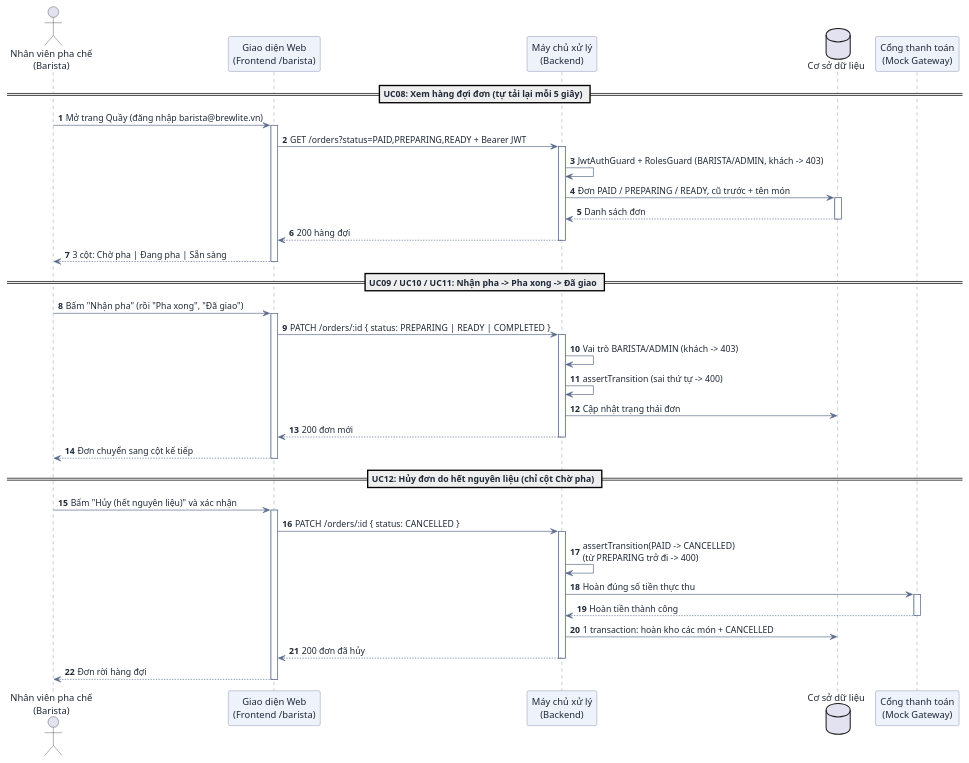
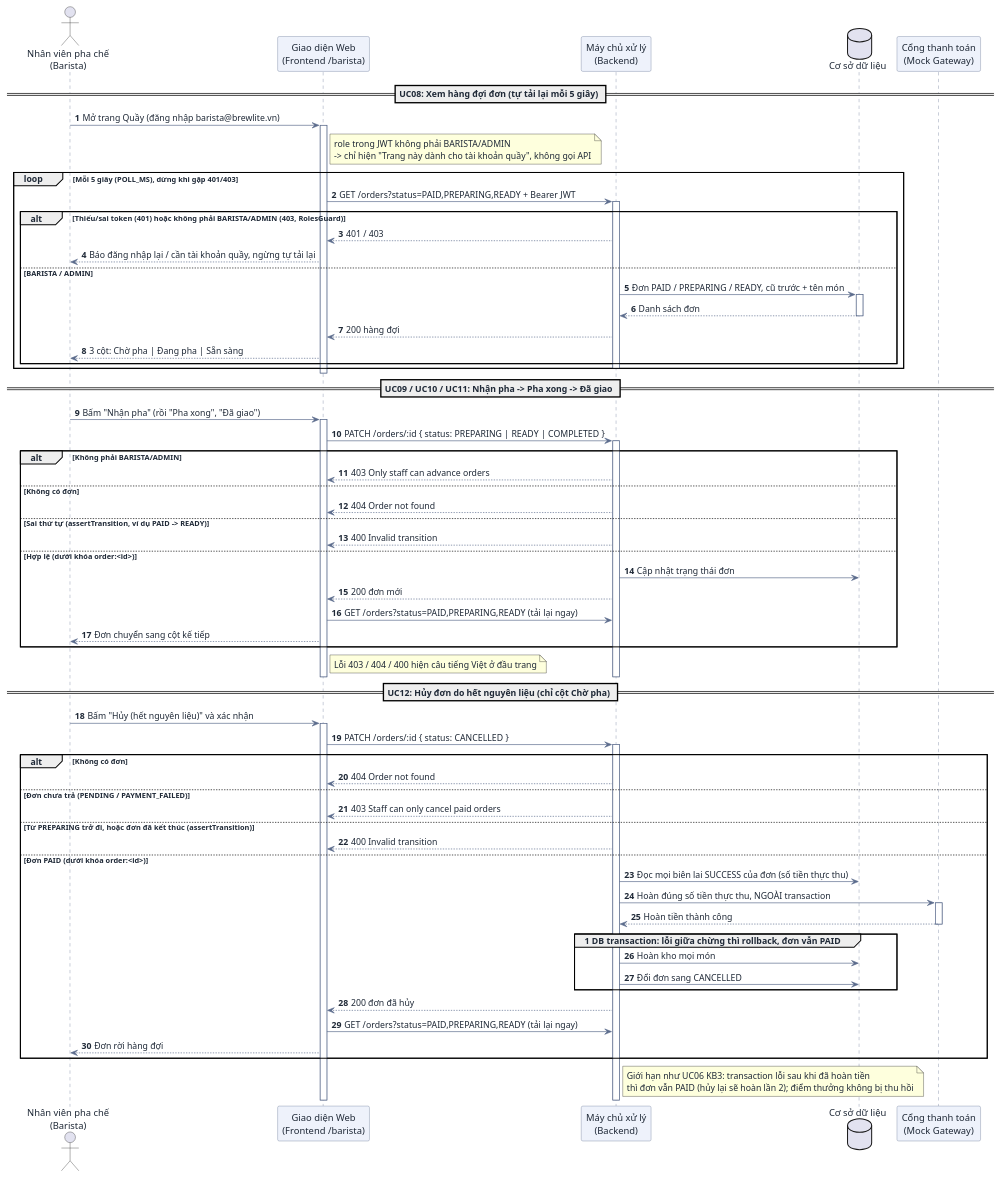
One commit to DuVinhLoi/BrewLite changed the eighth of 9 diagrams in docs/user-sequence-specifications.md. Above: the diagram before and after it, drawn with PlantUML. The commit also changed other lines of this file and 3 other files, not shown here.

First line of the commit message:
docs: dong bo use-case/sequence voi code, plan doc-code-sync, rule .claude/rules/doc-code-sync.md

````diff
--- a/docs/user-sequence-specifications.md
+++ b/docs/user-sequence-specifications.md
@@ -677,16 +717,23 @@
 == UC08: Xem hàng đợi đơn (tự tải lại mỗi 5 giây) ==
 User -> FE : Mở trang Quầy (đăng nhập barista@brewlite.vn)
 activate FE
-FE -> BE : GET /orders?status=PAID,PREPARING,READY + Bearer JWT
-activate BE
-BE -> BE : JwtAuthGuard + RolesGuard (BARISTA/ADMIN, khách -> 403)
-BE -> DB : Đơn PAID / PREPARING / READY, cũ trước + tên món
-activate DB
-DB --> BE : Danh sách đơn
-deactivate DB
-BE --> FE : 200 hàng đợi
-deactivate BE
-FE --> User : 3 cột: Chờ pha | Đang pha | Sẵn sàng
+note right of FE : role trong JWT không phải BARISTA/ADMIN\n-> chỉ hiện "Trang này dành cho tài khoản quầy", không gọi API
+loop Mỗi 5 giây (POLL_MS), dừng khi gặp 401/403
+    FE -> BE : GET /orders?status=PAID,PREPARING,READY + Bearer JWT
+    activate BE
+    alt Thiếu/sai token (401) hoặc không phải BARISTA/ADMIN (403, RolesGuard)
+        BE --> FE : 401 / 403
+        FE --> User : Báo đăng nhập lại / cần tài khoản quầy, ngừng tự tải lại
+    else BARISTA / ADMIN
+        BE -> DB : Đơn PAID / PREPARING / READY, cũ trước + tên món
+        activate DB
+        DB --> BE : Danh sách đơn
+        deactivate DB
+        BE --> FE : 200 hàng đợi
+        FE --> User : 3 cột: Chờ pha | Đang pha | Sẵn sàng
+    end
+    deactivate BE
+end
 deactivate FE
 
 == UC09 / UC10 / UC11: Nhận pha -> Pha xong -> Đã giao ==
@@ -694,12 +741,20 @@
 activate FE
 FE -> BE : PATCH /orders/:id { status: PREPARING | READY | COMPLETED }
 activate BE
-BE -> BE : Vai trò BARISTA/ADMIN (khách -> 403)
-BE -> BE : assertTransition (sai thứ tự -> 400)
-BE -> DB : Cập nhật trạng thái đơn
-BE --> FE : 200 đơn mới
+alt Không phải BARISTA/ADMIN
+    BE --> FE : 403 Only staff can advance orders
+else Không có đơn
+    BE --> FE : 404 Order not found
+else Sai thứ tự (assertTransition, ví dụ PAID -> READY)
+    BE --> FE : 400 Invalid transition
+else Hợp lệ (dưới khóa order:<id>)
+    BE -> DB : Cập nhật trạng thái đơn
+    BE --> FE : 200 đơn mới
+    FE -> BE : GET /orders?status=PAID,PREPARING,READY (tải lại ngay)
+    FE --> User : Đơn chuyển sang cột kế tiếp
+end
+note right of FE : Lỗi 403 / 404 / 400 hiện câu tiếng Việt ở đầu trang
 deactivate BE
-FE --> User : Đơn chuyển sang cột kế tiếp
 deactivate FE
 
 == UC12: Hủy đơn do hết nguyên liệu (chỉ cột Chờ pha) ==
@@ -707,15 +762,28 @@
 activate FE
 FE -> BE : PATCH /orders/:id { status: CANCELLED }
 activate BE
-BE -> BE : assertTransition(PAID -> CANCELLED)\n(từ PREPARING trở đi -> 400)
-BE -> Gateway : Hoàn đúng số tiền thực thu
-activate Gateway
-Gateway --> BE : Hoàn tiền thành công
-deactivate Gateway
-BE -> DB : 1 transaction: hoàn kho các món + CANCELLED
-BE --> FE : 200 đơn đã hủy
+alt Không có đơn
+    BE --> FE : 404 Order not found
+else Đơn chưa trả (PENDING / PAYMENT_FAILED)
+    BE --> FE : 403 Staff can only cancel paid orders
+else Từ PREPARING trở đi, hoặc đơn đã kết thúc (assertTransition)
+    BE --> FE : 400 Invalid transition
+else Đơn PAID (dưới khóa order:<id>)
+    BE -> DB : Đọc mọi biên lai SUCCESS của đơn (số tiền thực thu)
+    BE -> Gateway : Hoàn đúng số tiền thực thu, NGOÀI transaction
+    activate Gateway
+    Gateway --> BE : Hoàn tiền thành công
+    deactivate Gateway
+    group 1 DB transaction: lỗi giữa chừng thì rollback, đơn vẫn PAID
+        BE -> DB : Hoàn kho mọi món
+        BE -> DB : Đổi đơn sang CANCELLED
+    end
+    BE --> FE : 200 đơn đã hủy
+    FE -> BE : GET /orders?status=PAID,PREPARING,READY (tải lại ngay)
+    FE --> User : Đơn rời hàng đợi
+end
+note right of BE : Giới hạn như UC06 KB3: transaction lỗi sau khi đã hoàn tiền\nthì đơn vẫn PAID (hủy lại sẽ hoàn lần 2); điểm thưởng không bị thu hồi
 deactivate BE
-FE --> User : Đơn rời hàng đợi
 deactivate FE
 @enduml
 ```
````
